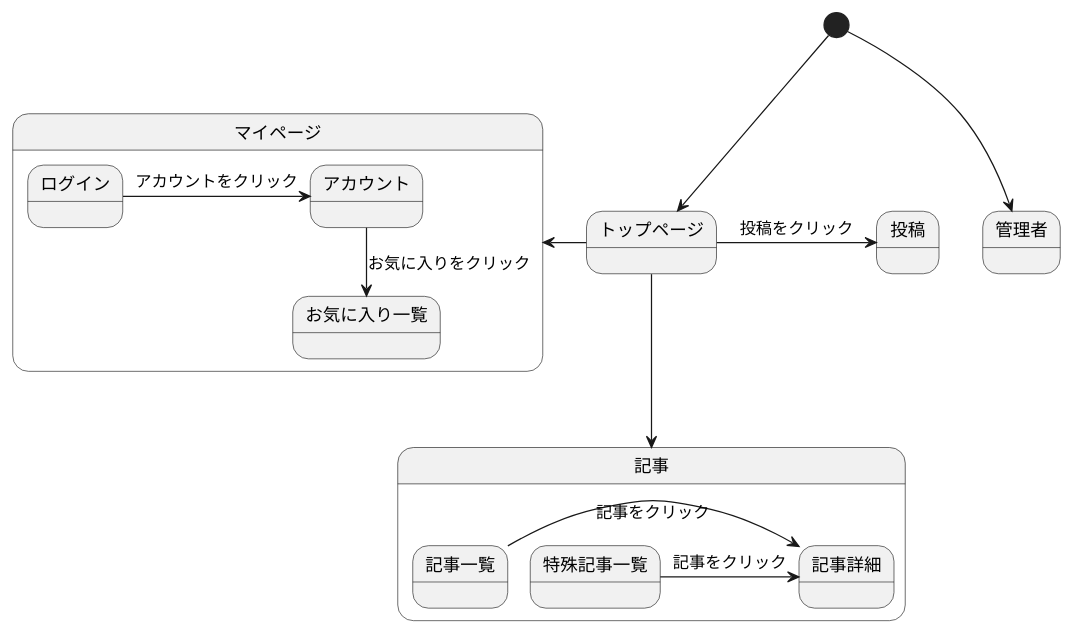
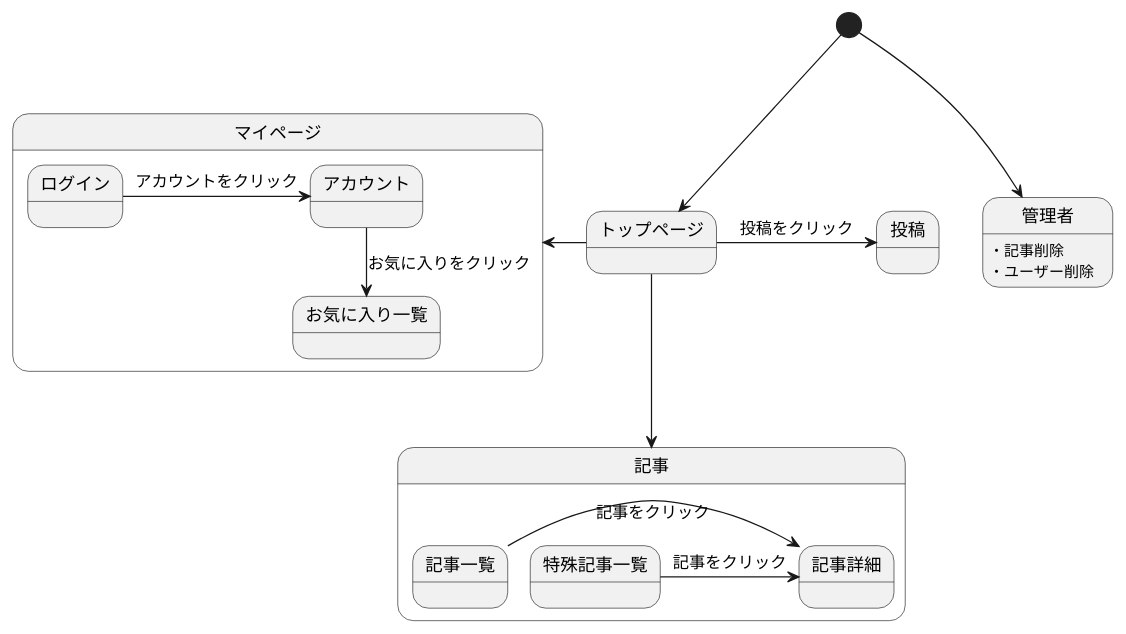
Before and after one commit to Aso2001001/2022System: the diagram in 後期画面遷移.md, drawn with PlantUML.

````diff
--- a/後期画面遷移.md
+++ b/後期画面遷移.md
@@ -1,25 +1,26 @@
 ```uml
 @startuml
 [*] --> トップページ
 
 state 記事{
 記事一覧 -> 記事詳細 : 記事をクリック
 特殊記事一覧 -> 記事詳細 : 記事をクリック
 }
 
 state マイページ{
 ログイン -> アカウント : アカウントをクリック
 アカウント -down-> お気に入り一覧 : お気に入りをクリック
 }
 
 トップページ -down-> 記事
 トップページ -left-> マイページ
 トップページ -> 投稿 : 投稿をクリック
 
 
 [*] --> 管理者
-
+管理者:・記事削除
+管理者:・ユーザー削除
 
 
 @enduml
 ```
````
